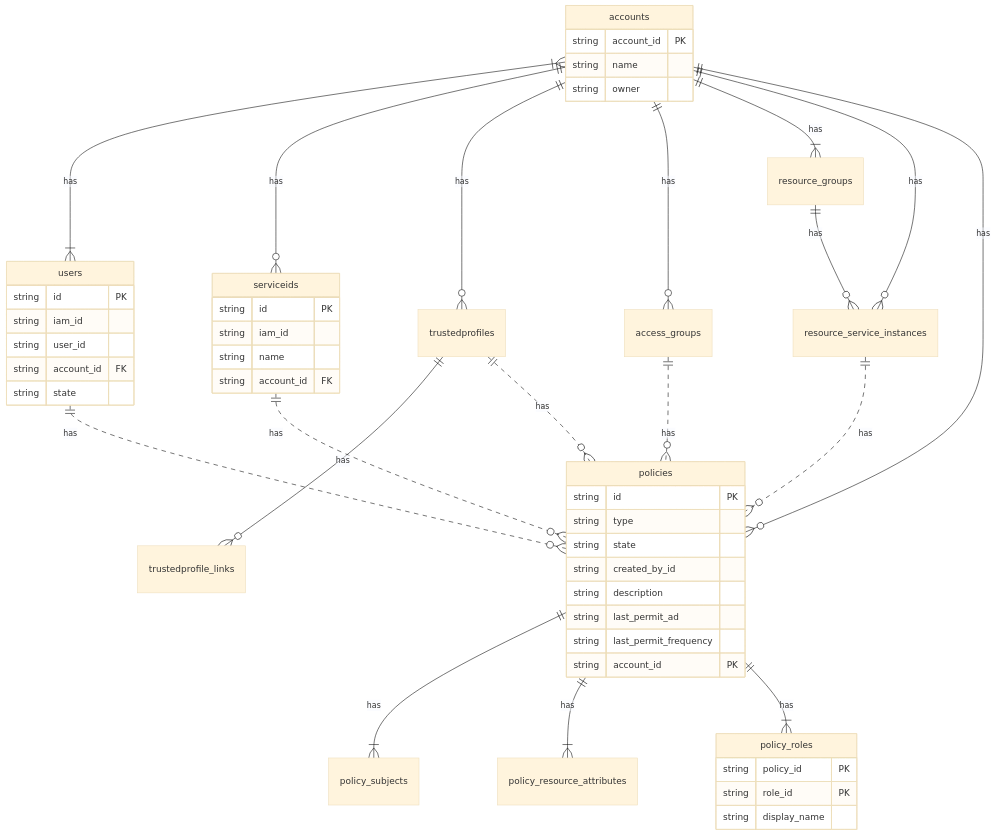
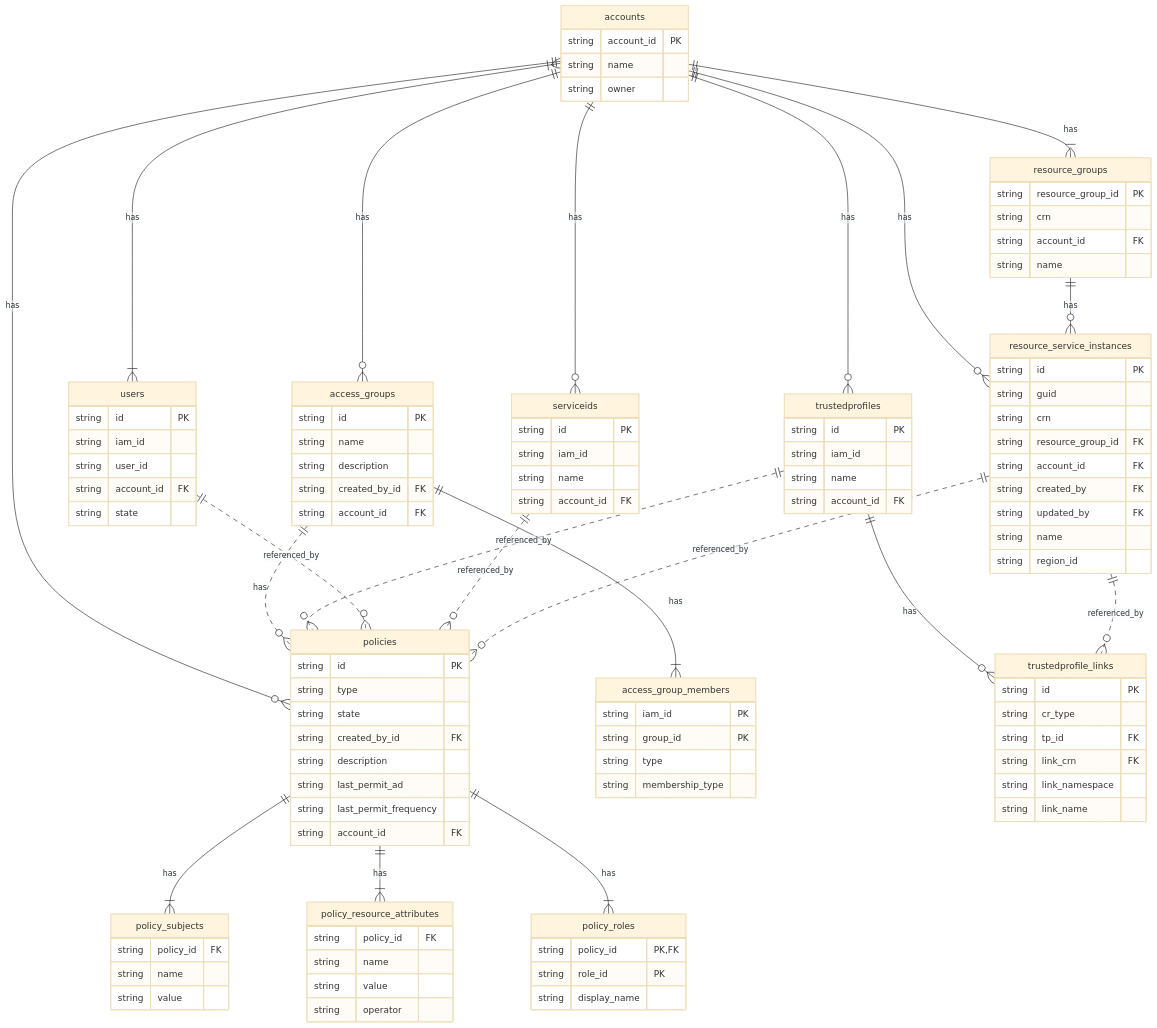
The diagram in README.md (data-henrik/ibmcloud-access-management-analytics), drawn with Mermaid (base theme) before and after one commit.

````diff
--- a/README.md
+++ b/README.md
@@ -34,12 +34,14 @@
     accounts ||--o{ resource_service_instances : has
     accounts ||--o{ policies : has
     access_groups ||..o{ policies : has
+    access_groups ||--|{ access_group_members : has
     resource_groups ||--o{ resource_service_instances : has
     trustedprofiles ||--o{ trustedprofile_links : has
-    trustedprofiles ||..o{ policies : has
-    users ||..o{ policies : has
-    serviceids ||..o{ policies : has
-    resource_service_instances ||..o{ policies : has
+    trustedprofiles ||..o{ policies : referenced_by
+    users ||..o{ policies : referenced_by
+    serviceids ||..o{ policies : referenced_by
+    resource_service_instances ||..o{ policies : referenced_by
+    resource_service_instances ||..o{ trustedprofile_links : referenced_by
     policies ||--|{ policy_subjects : has
     policies ||--|{ policy_resource_attributes : has
     policies ||--|{ policy_roles : has
@@ -65,20 +67,84 @@
         string account_id FK
     }
 
+    trustedprofiles {
+        string id PK
+        string iam_id
+        string name
+        string account_id FK
+    }
+
+    trustedprofile_links {
+        string id PK
+        string cr_type
+        string tp_id FK
+        string link_crn FK
+        string link_namespace
+        string link_name
+    }
+
+    access_groups {
+        string id PK
+        string name
+        string description
+        string created_by_id FK
+        string account_id FK
+    }
+
+    access_group_members {
+        string iam_id PK
+        string group_id PK
+        string type
+        string membership_type
+    }
+
+
     policies {
         string id PK
         string type
         string state
-        string created_by_id
+        string created_by_id FK
         string description
         string last_permit_ad
         string last_permit_frequency
-        string account_id PK
+        string account_id FK
     }
 
     policy_roles {
-        string policy_id PK
+        string policy_id PK,FK
         string role_id PK
         string display_name
     }
+
+    policy_subjects {
+        string policy_id FK
+        string name
+        string value
+    }
+
+    policy_resource_attributes {
+        string policy_id FK
+        string name
+        string value        
+        string operator
+    }
+
+    resource_groups {
+        string resource_group_id PK
+        string crn
+        string account_id FK
+        string name
+    }
+
+    resource_service_instances {
+        string id PK
+        string guid
+        string crn
+        string resource_group_id FK
+        string account_id FK
+        string created_by FK
+        string updated_by FK
+        string name
+        string region_id
+    }
 ```
````
